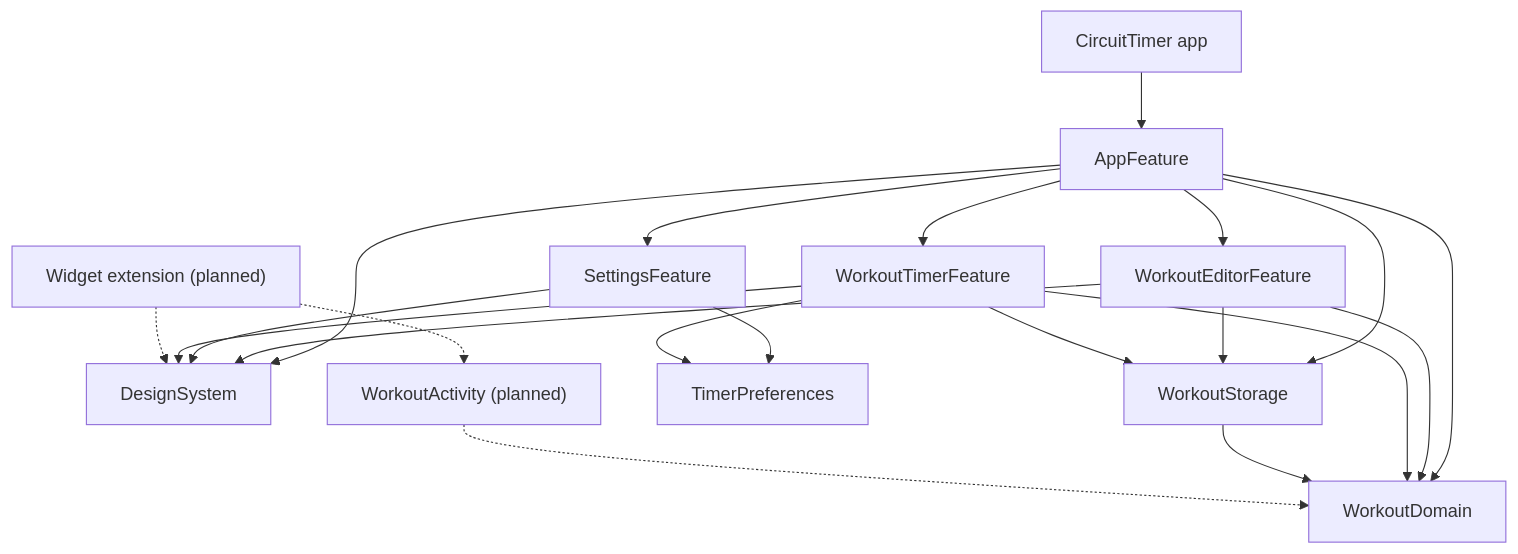
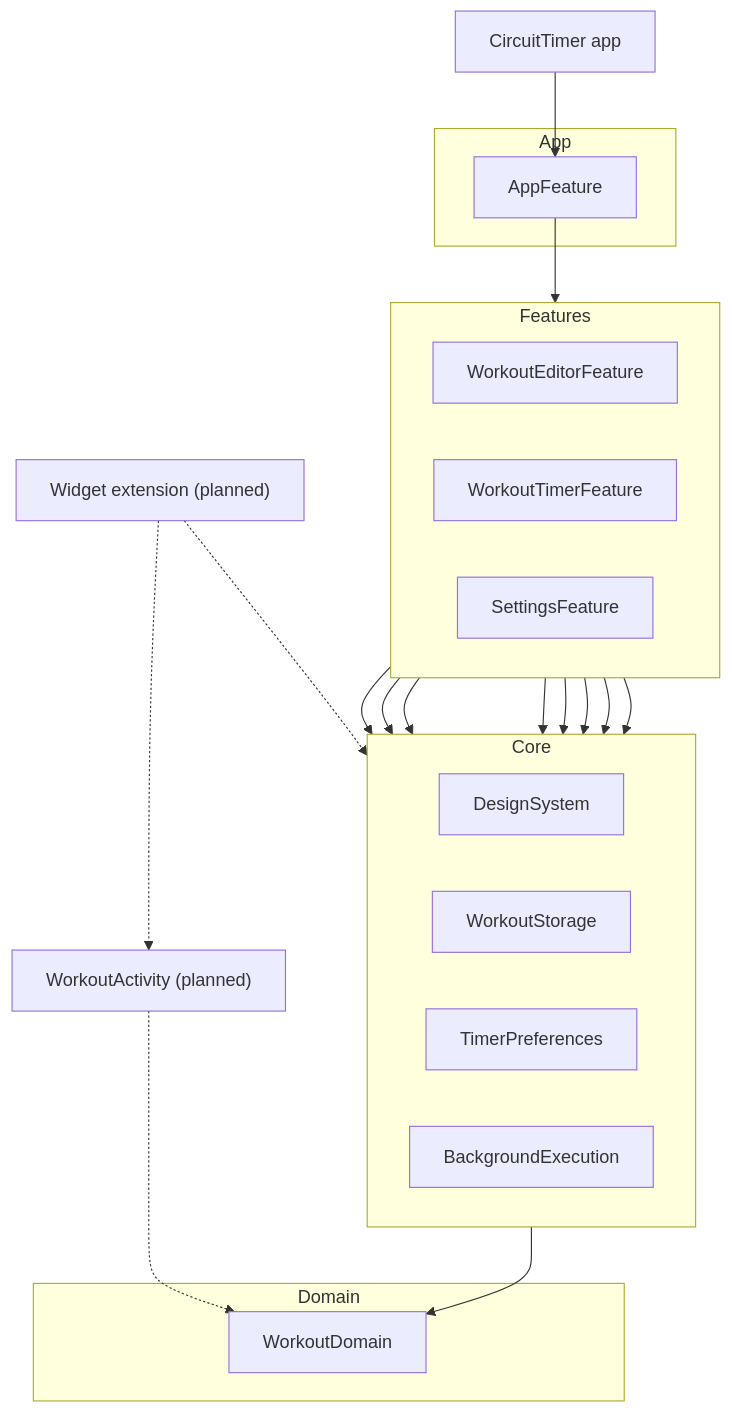
One commit to akrementsov/CircuitTimer changed the diagram in README.md. Above: the diagram before and after it, drawn with Mermaid. The commit also changed other lines of this file and 1 other file, not shown here.

Commit message:
CT-UI: Mark the design transfer done and draw the module graph by layer (#17)
* CT-UI: Mark the design transfer done and draw the module graph by layer

The swipe plaques and the own drag reorder shipped with CT-3-2, which
closes the last CT-UI item. The README graph showed every import as a
flat tangle and missed BackgroundExecution; it now groups the modules
into App, Features, Core and Domain layers and draws only the edges
between features and core, naming the omitted ones under it.

* CT-UI: Box the App layer and align the layering rules

The text promised four layers while the graph boxed three, so
AppFeature gets its own App box. The README now says where the planned
WorkoutActivity goes, states the TCA and SwiftUI rule for all Workout*
modules as AGENTS.md does, and AGENTS.md lists TimerPreferences among
the modules a feature may import.

---------

````diff
--- a/README.md
+++ b/README.md
@@ -22,23 +24,42 @@
 ```mermaid
-graph TD
-    App["CircuitTimer app"] --> AppFeature
-    AppFeature --> DesignSystem
-    AppFeature --> WorkoutStorage
-    AppFeature --> WorkoutDomain
-    AppFeature --> WorkoutEditorFeature
-    AppFeature --> SettingsFeature
-    AppFeature --> WorkoutTimerFeature
+flowchart TD
+    Shell["CircuitTimer app"] --> AppFeature
+
+    subgraph AppLayer["App"]
+        AppFeature
+    end
+
+    subgraph Features
+        direction LR
+        WorkoutEditorFeature
+        WorkoutTimerFeature
+        SettingsFeature
+    end
+
+    subgraph Core
+        direction LR
+        DesignSystem
+        WorkoutStorage
+        TimerPreferences
+        BackgroundExecution
+    end
+
+    subgraph Domain
+        WorkoutDomain
+    end
+
+    AppFeature --> Features
     WorkoutEditorFeature --> DesignSystem
     WorkoutEditorFeature --> WorkoutStorage
-    WorkoutEditorFeature --> WorkoutDomain
+    WorkoutTimerFeature --> DesignSystem
+    WorkoutTimerFeature --> WorkoutStorage
+    WorkoutTimerFeature --> TimerPreferences
+    WorkoutTimerFeature --> BackgroundExecution
+    SettingsFeature --> DesignSystem
     SettingsFeature --> TimerPreferences
-    WorkoutTimerFeature --> TimerPreferences
-    SettingsFeature --> DesignSystem
-    WorkoutTimerFeature --> DesignSystem
-    WorkoutTimerFeature --> WorkoutDomain
-    WorkoutTimerFeature --> WorkoutStorage
     WorkoutStorage --> WorkoutDomain
+
     Widget["Widget extension (planned)"] -.-> WorkoutActivity["WorkoutActivity (planned)"]
     Widget -.-> DesignSystem
     WorkoutActivity -.-> WorkoutDomain
 ```
````
